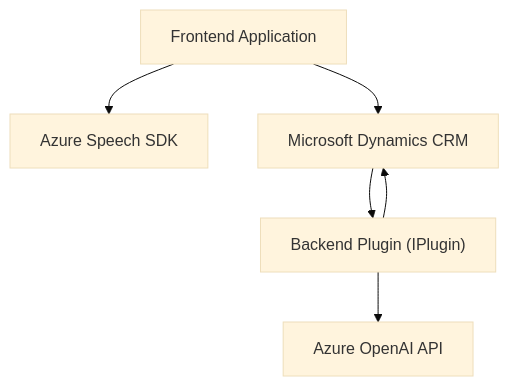
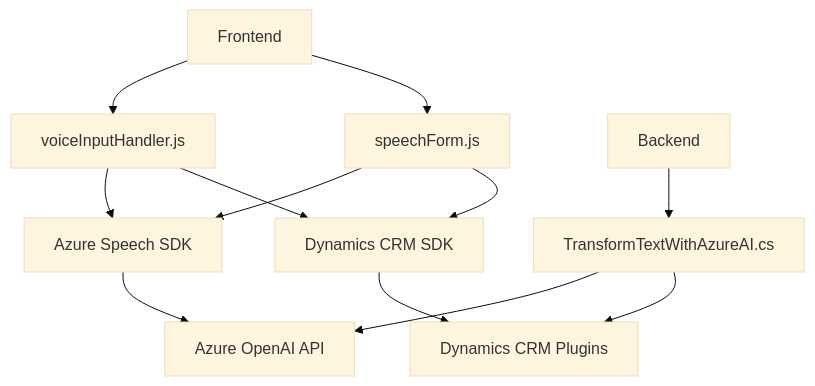
The diagram in README.md (blopezdm/NETCORE_BILBAO2025), drawn with Mermaid (base theme) before and after one commit. The commit also changed other lines of this file, not shown here.

````diff
--- a/README.md
+++ b/README.md
@@ -70,14 +34,24 @@
 ```mermaid
 graph TD
-    A["Frontend Application"]
-    B["Backend Plugin (IPlugin)"]
-    C["Azure Speech SDK"]
-    D["Azure OpenAI API"]
-    E["Microsoft Dynamics CRM"]
+    A["Frontend"]
+    B["voiceInputHandler.js"]
+    C["speechForm.js"]
+    D["Azure Speech SDK"]
+    E["Dynamics CRM SDK"]
+    F["Backend"]
+    G["TransformTextWithAzureAI.cs"]
+    H["Azure OpenAI API"]
+    I["Dynamics CRM Plugins"]
 
+    A --> B
     A --> C
-    A --> E
-    E --> B
     B --> D
     B --> E
+    C --> D
+    C --> E
+    F --> G
+    G --> H
+    G --> I
+    E --> I
+    D --> H
 ```
````
